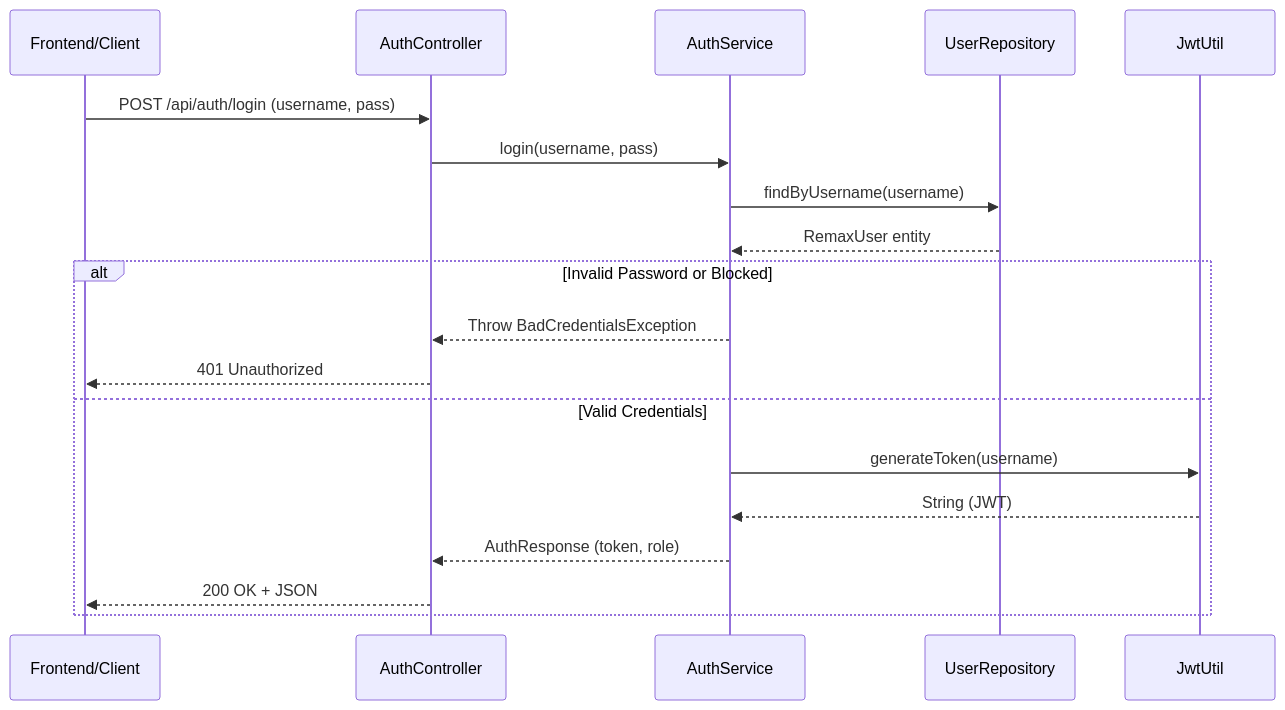
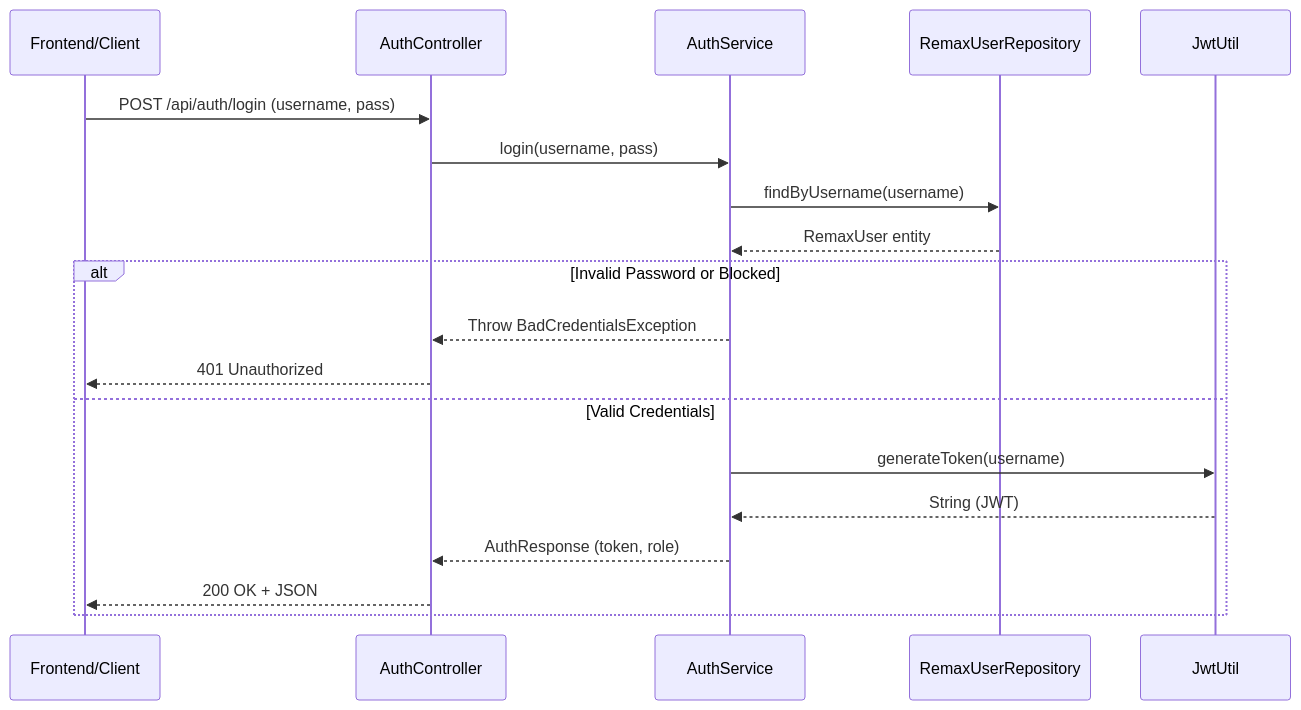
The fourth of 7 diagrams in doc/Architecture_and_Design.md (Majkle/NNPRO-REMAX-BE), drawn with Mermaid before and after one commit. The commit also changed other lines of this file and 17 other files, not shown here.

````diff
--- a/doc/Architecture_and_Design.md
+++ b/doc/Architecture_and_Design.md
@@ -142,23 +143,23 @@
 ```mermaid
 sequenceDiagram
     participant Client as Frontend/Client
     participant AC as AuthController
     participant AS as AuthService
-    participant UR as UserRepository
+    participant UR as RemaxUserRepository
     participant JWT as JwtUtil
     
     Client->>AC: POST /api/auth/login (username, pass)
     AC->>AS: login(username, pass)
     AS->>UR: findByUsername(username)
     UR-->>AS: RemaxUser entity
     
     alt Invalid Password or Blocked
         AS-->>AC: Throw BadCredentialsException
         AC-->>Client: 401 Unauthorized
     else Valid Credentials
         AS->>JWT: generateToken(username)
         JWT-->>AS: String (JWT)
         AS-->>AC: AuthResponse (token, role)
         AC-->>Client: 200 OK + JSON
     end
 ```
````
